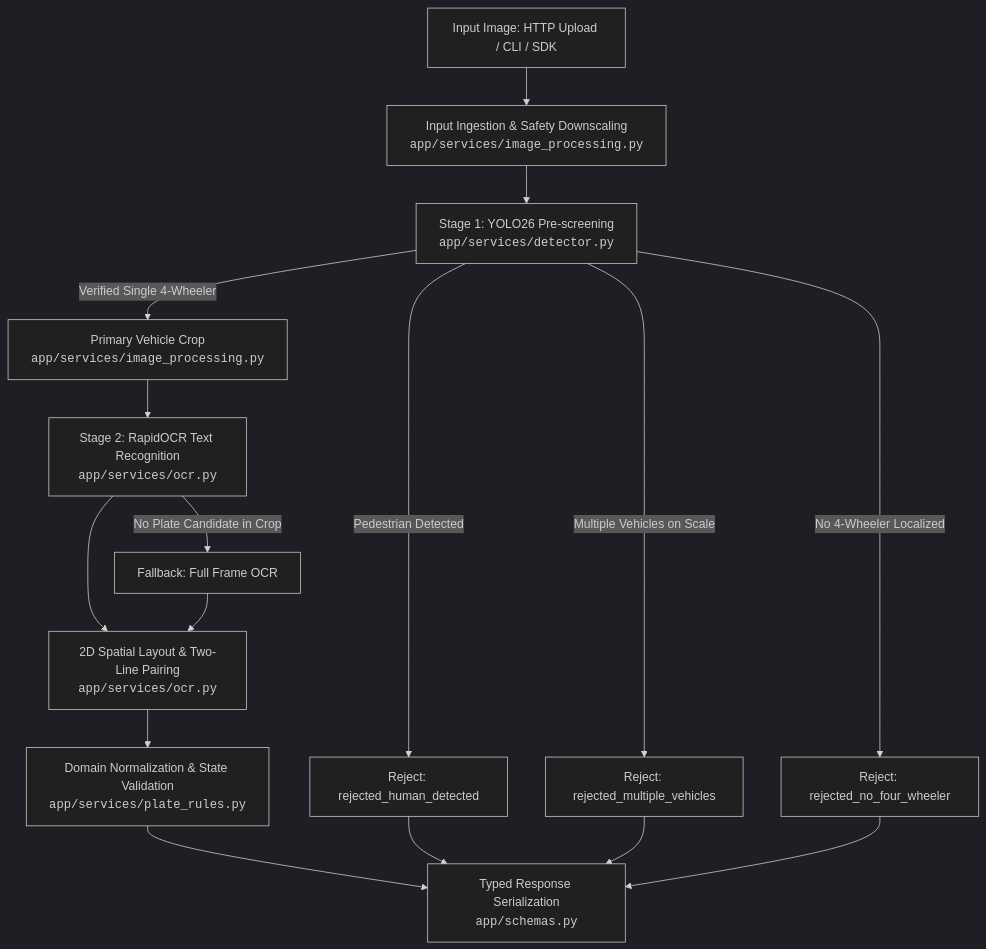
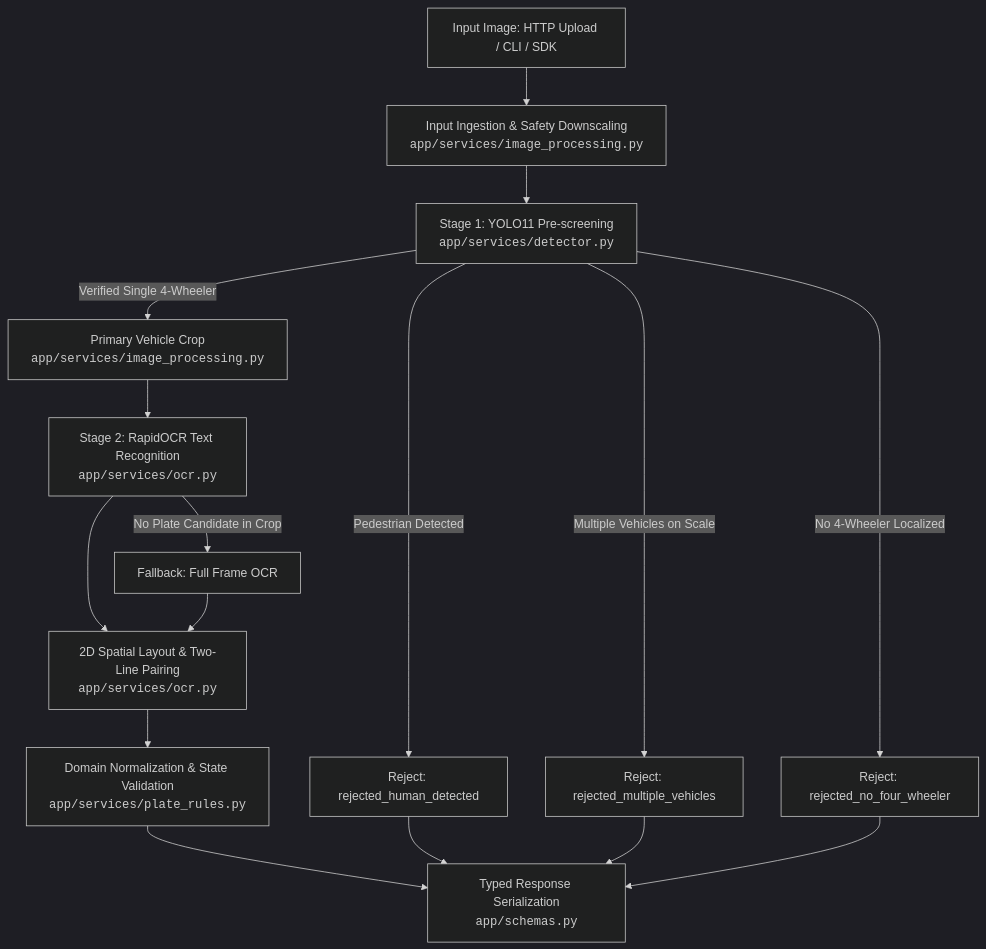
The diagram in README.md (dheereshag/argus), drawn with Mermaid (dark theme) before and after one commit. The commit also changed other lines of this file and 15 other files, not shown here.

````diff
--- a/README.md
+++ b/README.md
@@ -54,23 +54,23 @@
 ```mermaid
 flowchart TD
     A[Input Image: HTTP Upload / CLI / SDK] --> B[Input Ingestion & Safety Downscaling<br/><code>app/services/image_processing.py</code>]
-    B --> C[Stage 1: YOLO26 Pre-screening<br/><code>app/services/detector.py</code>]
+    B --> C[Stage 1: YOLO11 Pre-screening<br/><code>app/services/detector.py</code>]
     
     C -- Pedestrian Detected --> R1[Reject: rejected_human_detected]
     C -- Multiple Vehicles on Scale --> R2[Reject: rejected_multiple_vehicles]
     C -- No 4-Wheeler Localized --> R3[Reject: rejected_no_four_wheeler]
     
     C -- Verified Single 4-Wheeler --> D[Primary Vehicle Crop<br/><code>app/services/image_processing.py</code>]
     
     D --> E[Stage 2: RapidOCR Text Recognition<br/><code>app/services/ocr.py</code>]
     E -- No Plate Candidate in Crop --> E2[Fallback: Full Frame OCR]
     E --> F[2D Spatial Layout & Two-Line Pairing<br/><code>app/services/ocr.py</code>]
     E2 --> F
     
     F --> G[Domain Normalization & State Validation<br/><code>app/services/plate_rules.py</code>]
     G --> H[Typed Response Serialization<br/><code>app/schemas.py</code>]
     
     R1 --> H
     R2 --> H
     R3 --> H
 ```
````
